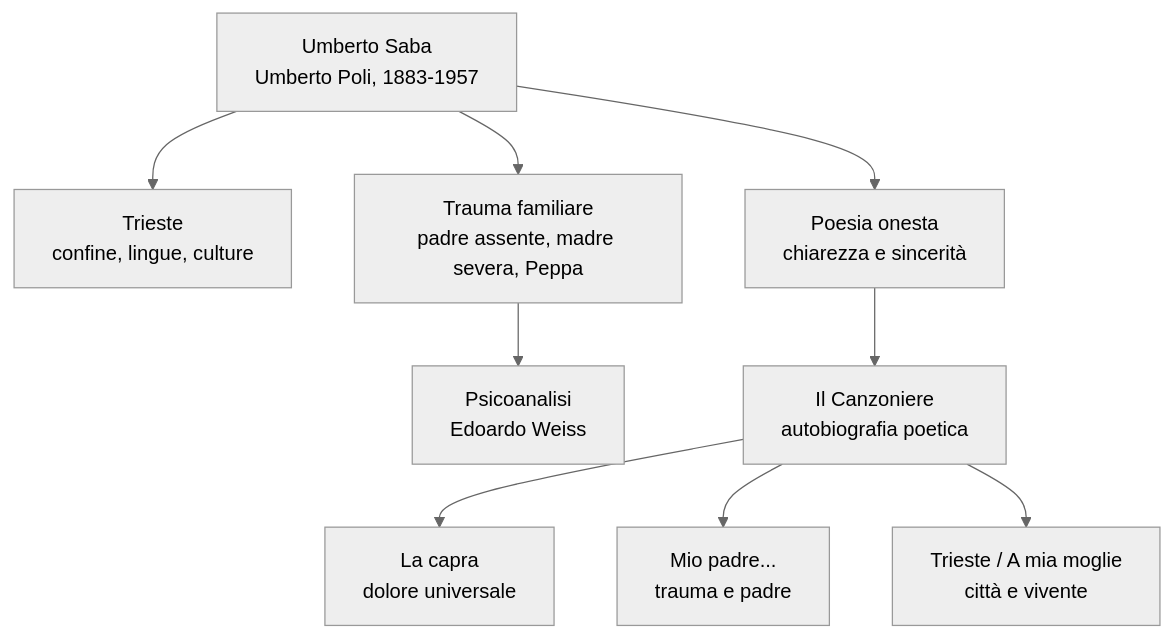
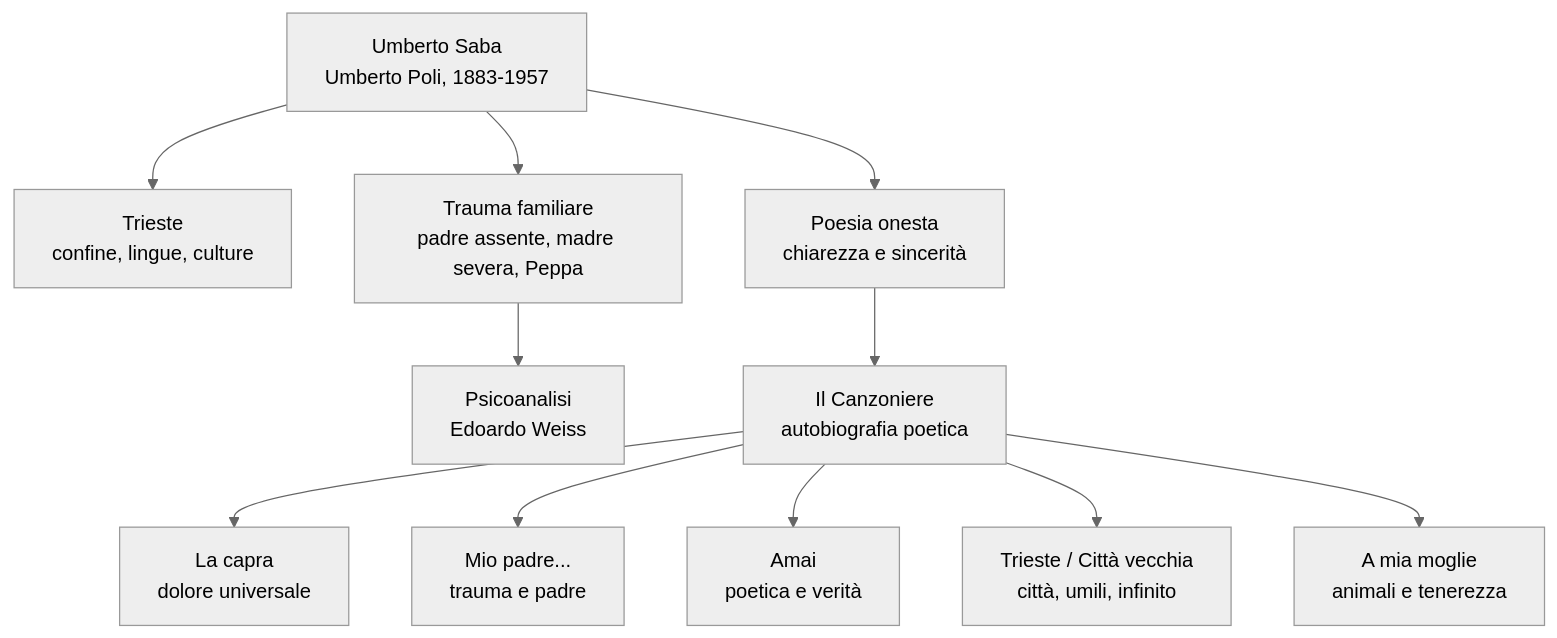
Before and after one commit to riccardo-algorime/appunti-5Bsa: the diagram in italiano/saba/riassunto.md, drawn with Mermaid (neutral theme). The commit also changed other lines of this file and 20 other files, not shown here.

````diff
--- a/italiano/saba/riassunto.md
+++ b/italiano/saba/riassunto.md
@@ -82,11 +90,13 @@
 ```mermaid
 flowchart TD
     A["Umberto Saba<br/>Umberto Poli, 1883-1957"] --> B["Trieste<br/>confine, lingue, culture"]
     A --> C["Trauma familiare<br/>padre assente, madre severa, Peppa"]
     A --> D["Poesia onesta<br/>chiarezza e sincerità"]
     C --> E["Psicoanalisi<br/>Edoardo Weiss"]
     D --> F["Il Canzoniere<br/>autobiografia poetica"]
     F --> G["La capra<br/>dolore universale"]
     F --> H["Mio padre...<br/>trauma e padre"]
-    F --> I["Trieste / A mia moglie<br/>città e vivente"]
+    F --> I["Amai<br/>poetica e verità"]
+    F --> L["Trieste / Città vecchia<br/>città, umili, infinito"]
+    F --> M["A mia moglie<br/>animali e tenerezza"]
 ```
````
